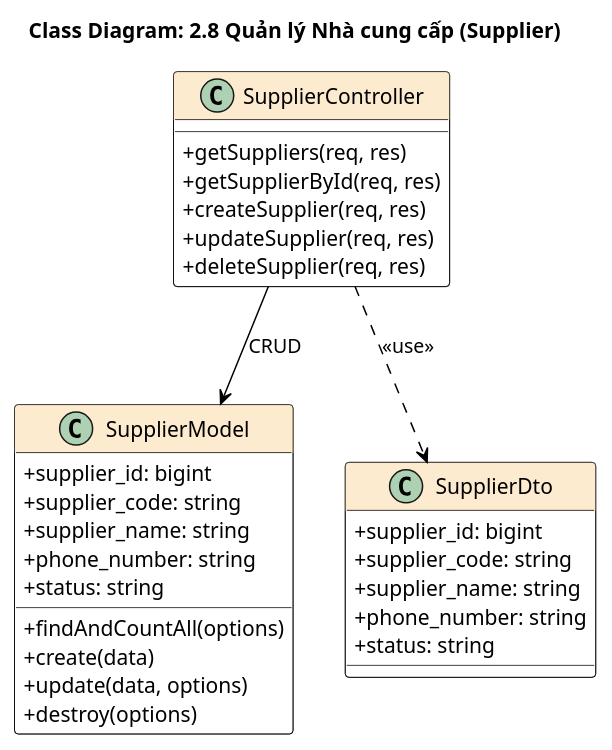
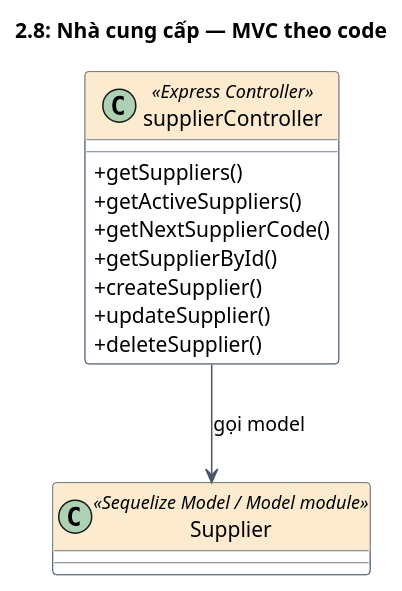
The eighth of 14 diagrams in docs/classdiagrams.md (chuoois/FS-SIMS), drawn with PlantUML before and after one commit. The commit also changed other lines of this file and 8 other files, not shown here.

````diff
--- a/docs/classdiagrams.md
+++ b/docs/classdiagrams.md
@@ -427,43 +387,25 @@
 ```plantuml
 @startuml
 skinparam classAttributeIconSize 0
 skinparam class {
-    BackgroundColor White
-    BorderColor Black
-    ArrowColor Black
-    HeaderBackgroundColor #FDEBD0
+  BackgroundColor White
+  BorderColor #475569
+  ArrowColor #475569
+  HeaderBackgroundColor #FDEBD0
 }
-title Class Diagram: 2.8 Quản lý Nhà cung cấp (Supplier)
+title 2.8: Nhà cung cấp — MVC theo code
 
-class SupplierController {
-  +getSuppliers(req, res)
-  +getSupplierById(req, res)
-  +createSupplier(req, res)
-  +updateSupplier(req, res)
-  +deleteSupplier(req, res)
+class supplierController <<Express Controller>> {
+  +getSuppliers()
+  +getActiveSuppliers()
+  +getNextSupplierCode()
+  +getSupplierById()
+  +createSupplier()
+  +updateSupplier()
+  +deleteSupplier()
 }
 
-class SupplierModel {
-  +supplier_id: bigint
-  +supplier_code: string
-  +supplier_name: string
-  +phone_number: string
-  +status: string
-  +findAndCountAll(options)
-  +create(data)
-  +update(data, options)
-  +destroy(options)
-}
-
-class SupplierDto {
-  +supplier_id: bigint
-  +supplier_code: string
-  +supplier_name: string
-  +phone_number: string
-  +status: string
-}
-
-SupplierController --> SupplierModel : CRUD
-SupplierController ..> SupplierDto : <<use>>
+class Supplier <<Sequelize Model / Model module>>
+supplierController --> Supplier : gọi model
 @enduml
 ```
````
